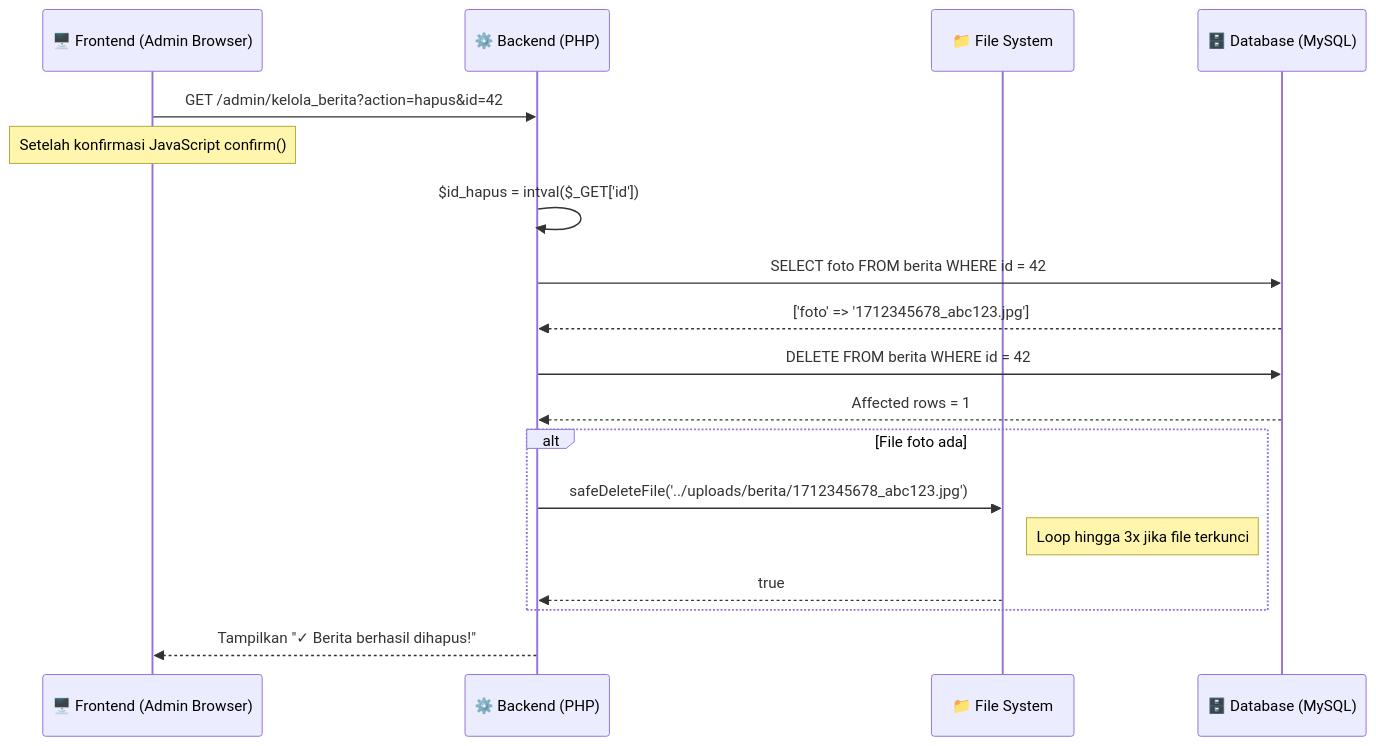
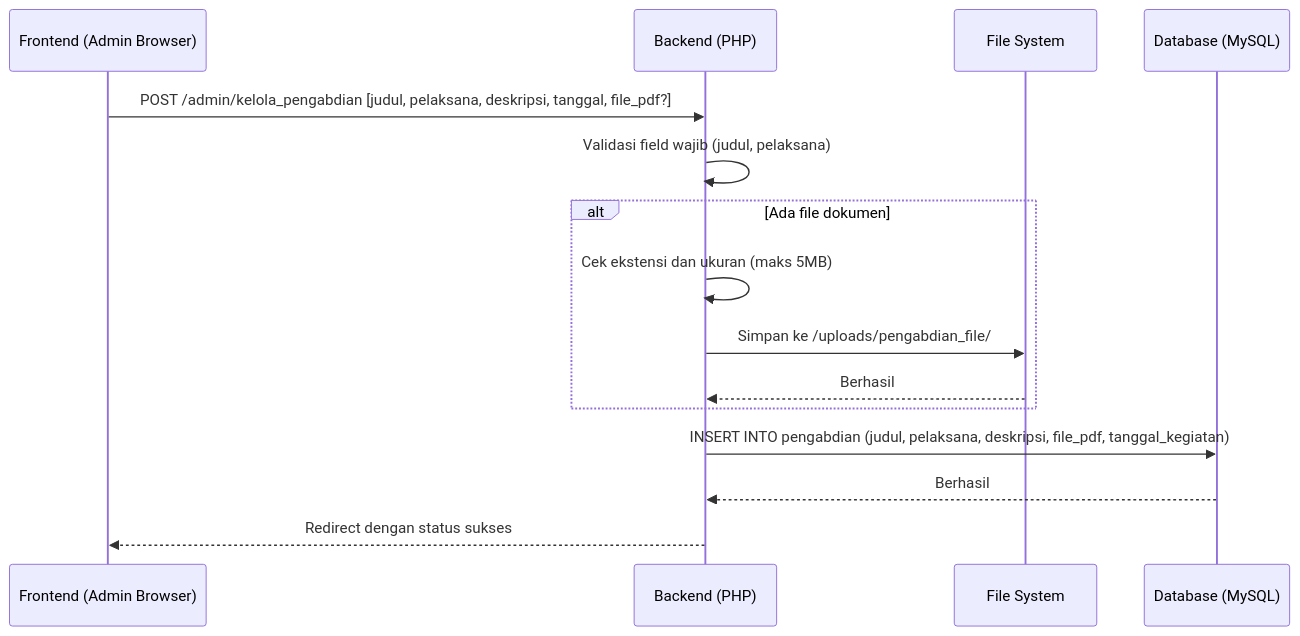
The seventh of 11 diagrams in docs/02_SEQUENCE_DIAGRAM.md (arbain-dev/Web_fikom), drawn with Mermaid before and after one commit. The commit also changed other lines of this file, not shown here.

Commit message:
docs(seq): buat ulang sequence diagram dengan penjelasan naratif sederhana di bawah setiap diagram

````diff
--- a/docs/02_SEQUENCE_DIAGRAM.md
+++ b/docs/02_SEQUENCE_DIAGRAM.md
@@ -152,21 +206,18 @@
 ```mermaid
 sequenceDiagram
-    participant FE as 🖥️ Frontend (Admin Browser)
-    participant BE as ⚙️ Backend (PHP)
-    participant FS as 📁 File System
-    participant DB as 🗄️ Database (MySQL)
+    participant FE as Frontend (Admin Browser)
+    participant BE as Backend (PHP)
+    participant FS as File System
+    participant DB as Database (MySQL)
 
-    FE->>BE: GET /admin/kelola_berita?action=hapus&id=42
-    Note over FE: Setelah konfirmasi JavaScript confirm()
-    BE->>BE: $id_hapus = intval($_GET['id'])
-    BE->>DB: SELECT foto FROM berita WHERE id = 42
-    DB-->>BE: ['foto' => '1712345678_abc123.jpg']
-    BE->>DB: DELETE FROM berita WHERE id = 42
-    DB-->>BE: Affected rows = 1
-    alt File foto ada
-        BE->>FS: safeDeleteFile('../uploads/berita/1712345678_abc123.jpg')
-        Note right of FS: Loop hingga 3x jika file terkunci
-        FS-->>BE: true
+    FE->>BE: POST /admin/kelola_pengabdian [judul, pelaksana, deskripsi, tanggal, file_pdf?]
+    BE->>BE: Validasi field wajib (judul, pelaksana)
+    alt Ada file dokumen
+        BE->>BE: Cek ekstensi dan ukuran (maks 5MB)
+        BE->>FS: Simpan ke /uploads/pengabdian_file/
+        FS-->>BE: Berhasil
     end
-    BE-->>FE: Tampilkan "✓ Berita berhasil dihapus!"
+    BE->>DB: INSERT INTO pengabdian (judul, pelaksana, deskripsi, file_pdf, tanggal_kegiatan)
+    DB-->>BE: Berhasil
+    BE-->>FE: Redirect dengan status sukses
 ```
````
